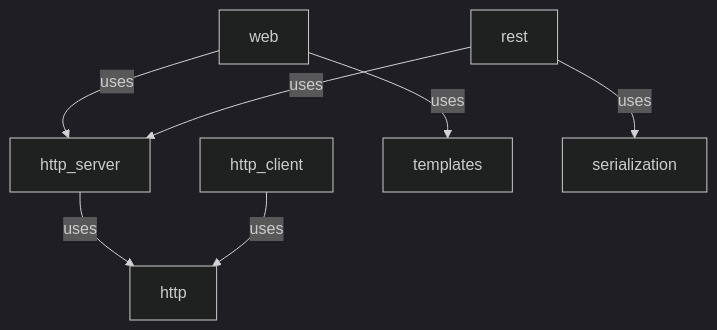
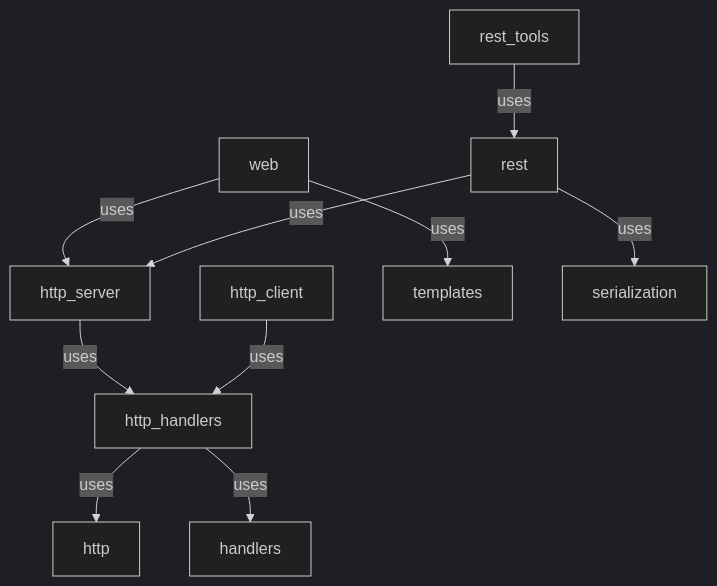
Before and after one commit to hexagontk/hexagon: the diagram in site/pages/index.md, drawn with Mermaid (dark theme). The commit also changed other lines of this file and 10 other files, not shown here.

````diff
--- a/site/pages/index.md
+++ b/site/pages/index.md
@@ -169,9 +172,12 @@
 ```mermaid
 graph TD
-  http_server -->|uses| http
-  http_client -->|uses| http
+  http_handlers -->|uses| http
+  http_handlers -->|uses| handlers
+  http_server -->|uses| http_handlers
+  http_client -->|uses| http_handlers
   web -->|uses| http_server
   web -->|uses| templates
   rest -->|uses| http_server
   rest -->|uses| serialization
+  rest_tools -->|uses| rest
 ```
````
